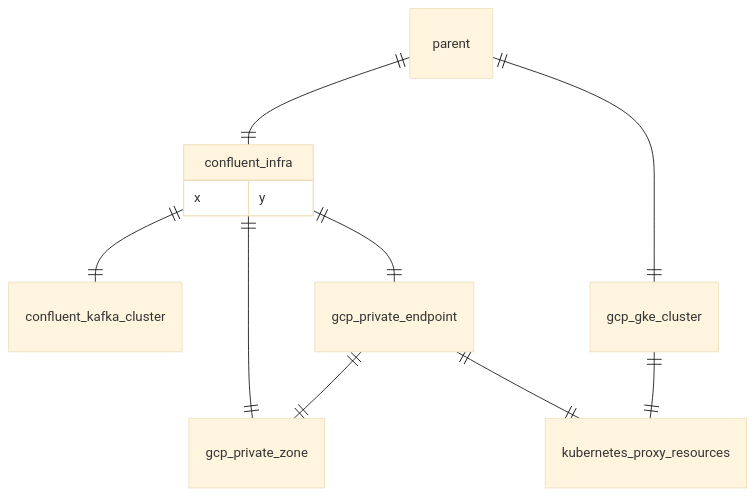
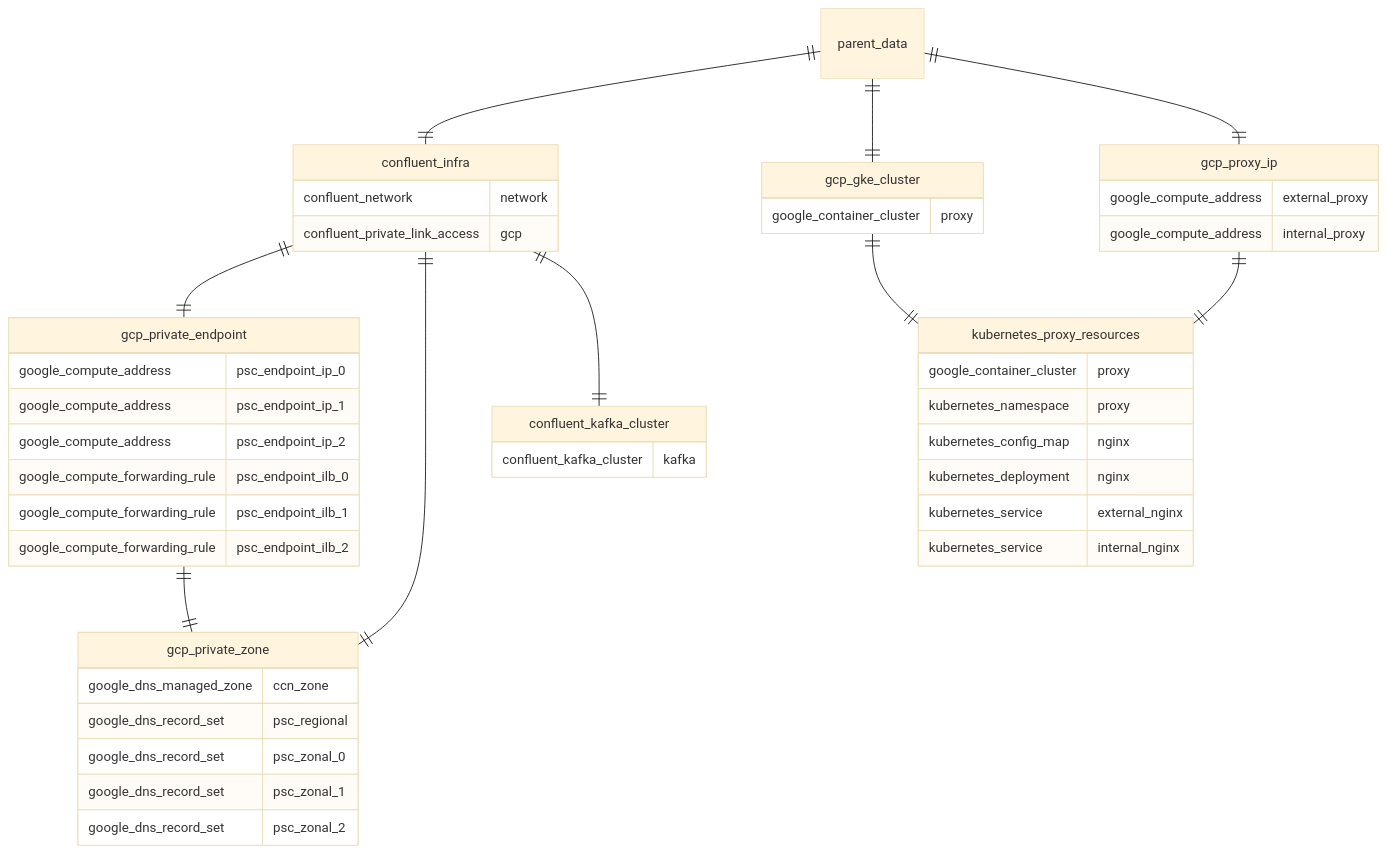
Before and after one commit to justinrlee/terraform-templates: the diagram in cloud-networking/gcp-psc/region_template/README.md, drawn with Mermaid (base theme). The commit also changed other lines of this file and 4 other files, not shown here.

````diff
--- a/cloud-networking/gcp-psc/region_template/README.md
+++ b/cloud-networking/gcp-psc/region_template/README.md
@@ -120,17 +44,57 @@
 ```mermaid
 erDiagram
+    parent_data ||--|| confluent_infra: ""
+    parent_data ||--|| gcp_gke_cluster: ""
+    parent_data ||--|| gcp_proxy_ip: ""
+    confluent_infra ||--|| gcp_private_endpoint: ""
+    confluent_infra ||--|| gcp_private_zone: ""
     confluent_infra ||--|| confluent_kafka_cluster: ""
+    gcp_gke_cluster ||--|| kubernetes_proxy_resources: ""
+    gcp_private_endpoint ||--|| gcp_private_zone: ""
+    gcp_proxy_ip ||--|| kubernetes_proxy_resources: ""
+
     confluent_infra {
-      x y
+      confluent_network network
+      confluent_private_link_access gcp
     }
 
-    gcp_private_endpoint ||--|| gcp_private_zone: ""
-    gcp_gke_cluster ||--|| kubernetes_proxy_resources: ""
-    gcp_private_endpoint ||--|| kubernetes_proxy_resources: ""
+    confluent_kafka_cluster {
+      confluent_kafka_cluster kafka
+    }
+
+    gcp_gke_cluster {
+      google_container_cluster proxy
+    }
+
+    gcp_private_endpoint {
+      google_compute_address psc_endpoint_ip_0
+      google_compute_address psc_endpoint_ip_1
+      google_compute_address psc_endpoint_ip_2
+      google_compute_forwarding_rule psc_endpoint_ilb_0
+      google_compute_forwarding_rule psc_endpoint_ilb_1
+      google_compute_forwarding_rule psc_endpoint_ilb_2
+    }
+
+    gcp_proxy_ip {
+      google_compute_address external_proxy
+      google_compute_address internal_proxy
+    }
+
+    gcp_private_zone {
+      google_dns_managed_zone ccn_zone
+      google_dns_record_set psc_regional
+      google_dns_record_set psc_zonal_0
+      google_dns_record_set psc_zonal_1
+      google_dns_record_set psc_zonal_2
+    }
+    kubernetes_proxy_resources {
+      google_container_cluster proxy
+      kubernetes_namespace proxy
+      kubernetes_config_map nginx
+      kubernetes_deployment nginx
+      kubernetes_service external_nginx
+      kubernetes_service internal_nginx
+    }
 
 
-    parent ||--|| confluent_infra: ""
-    parent ||--|| gcp_gke_cluster: ""
-    confluent_infra ||--|| gcp_private_endpoint: ""
-    confluent_infra ||--|| gcp_private_zone: ""
 ```
````
